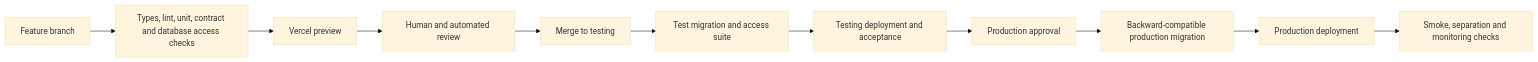
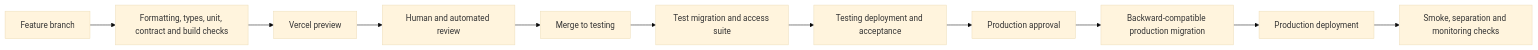
One commit to Abzum-NZ/Abzum-Vortex changed the diagram in docs/specification/18-delivery-and-testing.md. Above: the diagram before and after it, drawn with Mermaid (base theme). The commit also changed other lines of this file and 27 other files, not shown here.

````diff
--- a/docs/specification/18-delivery-and-testing.md
+++ b/docs/specification/18-delivery-and-testing.md
@@ -11,13 +11,13 @@
 ```mermaid
 flowchart LR
-    FEATURE[Feature branch] --> CHECKS[Types, lint, unit, contract and database access checks]
+    FEATURE[Feature branch] --> CHECKS[Formatting, types, unit, contract and build checks]
     CHECKS --> PREVIEW[Vercel preview]
     PREVIEW --> REVIEW[Human and automated review]
     REVIEW --> TESTING[Merge to testing]
     TESTING --> TMIG[Test migration and access suite]
     TMIG --> TAPP[Testing deployment and acceptance]
     TAPP --> APPROVE[Production approval]
     APPROVE --> PMIG[Backward-compatible production migration]
     PMIG --> PAPP[Production deployment]
     PAPP --> VERIFY[Smoke, separation and monitoring checks]
 ```
````
